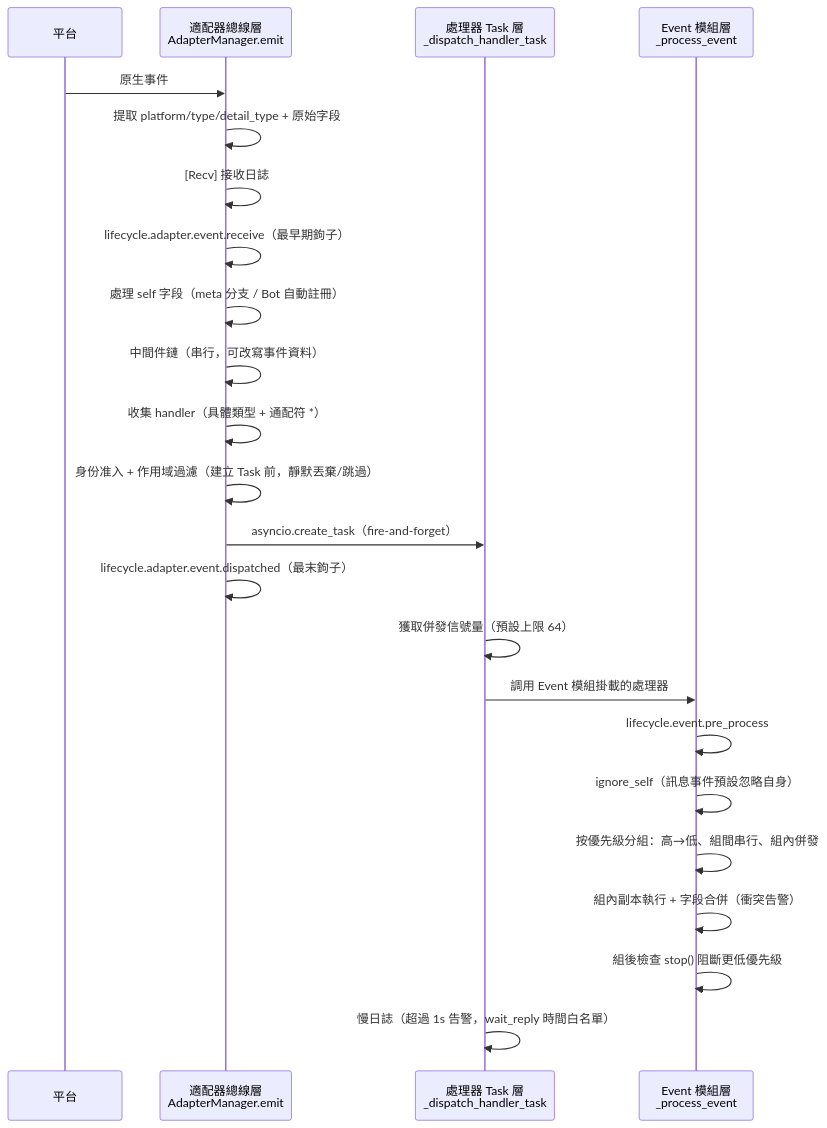
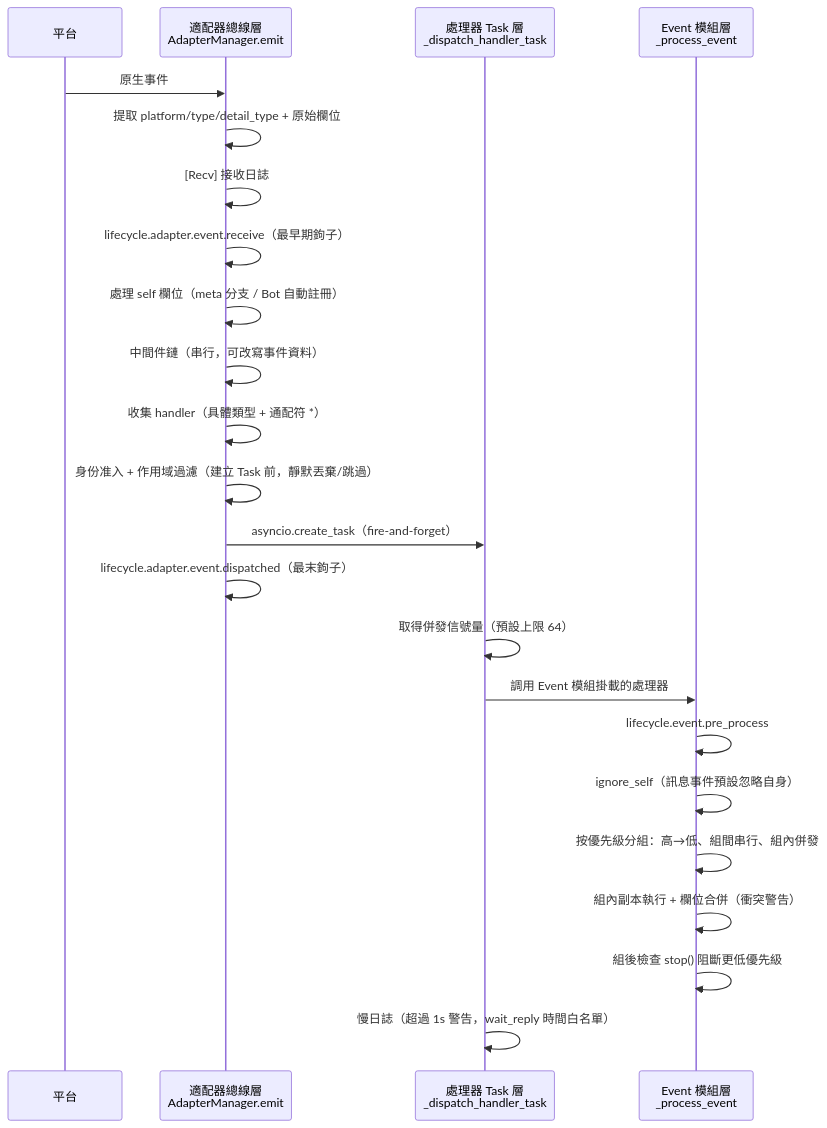
Before and after one commit to ErisPulse/ErisPulse: the fourth of 10 diagrams in docs/zh-TW/architecture.md, drawn with Mermaid. The commit also changed other lines of this file and 83 other files, not shown here.

````diff
--- a/docs/zh-TW/architecture.md
+++ b/docs/zh-TW/architecture.md
@@ -109,26 +109,26 @@
 ```mermaid
 sequenceDiagram
     participant P as 平台
     participant A as 適配器總線層<br/>AdapterManager.emit
     participant T as 處理器 Task 層<br/>_dispatch_handler_task
     participant E as Event 模組層<br/>_process_event
 
     P->>A: 原生事件
-    A->>A: 提取 platform/type/detail_type + 原始字段
+    A->>A: 提取 platform/type/detail_type + 原始欄位
     A->>A: [Recv] 接收日誌
     A->>A: lifecycle.adapter.event.receive（最早期鉤子）
-    A->>A: 處理 self 字段（meta 分支 / Bot 自動註冊）
+    A->>A: 處理 self 欄位（meta 分支 / Bot 自動註冊）
     A->>A: 中間件鏈（串行，可改寫事件資料）
     A->>A: 收集 handler（具體類型 + 通配符 *）
     A->>A: 身份准入 + 作用域過濾（建立 Task 前，靜默丟棄/跳過）
     A->>T: asyncio.create_task（fire-and-forget）
     A->>A: lifecycle.adapter.event.dispatched（最末鉤子）
-    T->>T: 獲取併發信號量（預設上限 64）
+    T->>T: 取得併發信號量（預設上限 64）
     T->>E: 調用 Event 模組掛載的處理器
     E->>E: lifecycle.event.pre_process
     E->>E: ignore_self（訊息事件預設忽略自身）
     E->>E: 按優先級分組：高→低、組間串行、組內併發
-    E->>E: 組內副本執行 + 字段合併（衝突告警）
+    E->>E: 組內副本執行 + 欄位合併（衝突警告）
     E->>E: 組後檢查 stop() 阻斷更低優先級
-    T->>T: 慢日誌（超過 1s 告警，wait_reply 時間白名單）
+    T->>T: 慢日誌（超過 1s 警告，wait_reply 時間白名單）
 ```
````
